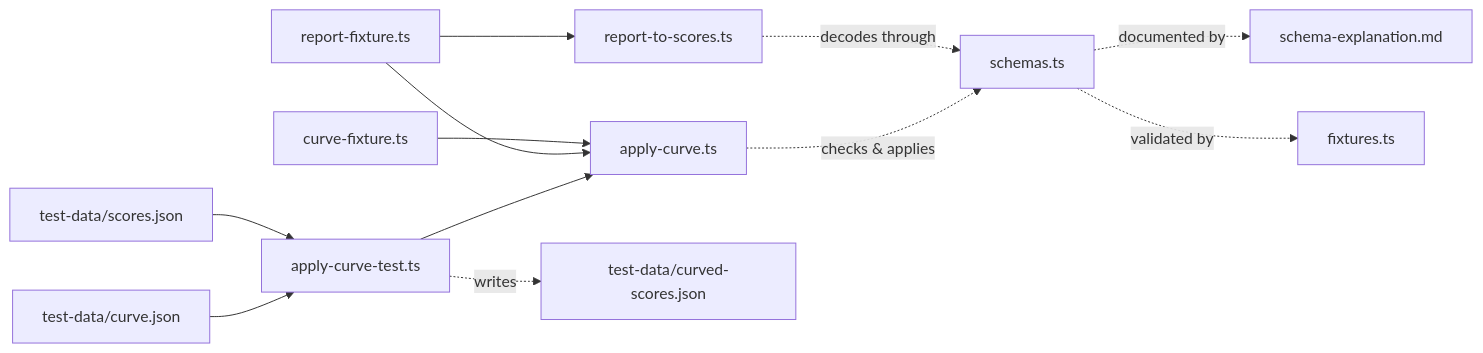
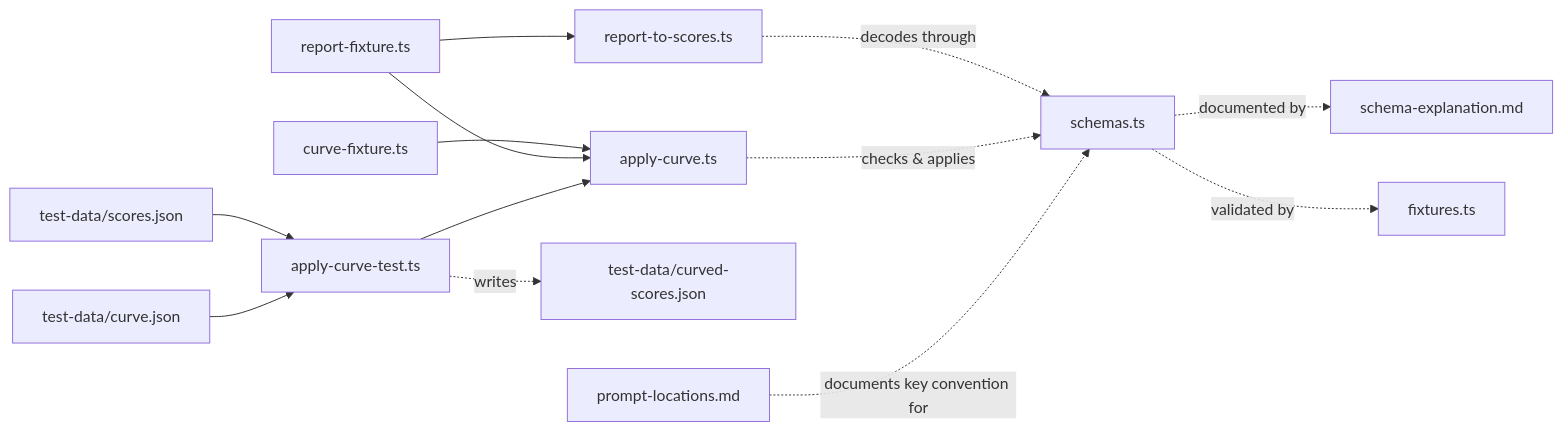
One commit to paideia-ai/tech-doc-axiia changed the diagram in score-post-llm-pipeline/v3-effect/index.md. Above: the diagram before and after it, drawn with Mermaid. The commit also changed other lines of this file and 17 other files, not shown here.

````diff
--- a/score-post-llm-pipeline/v3-effect/index.md
+++ b/score-post-llm-pipeline/v3-effect/index.md
@@ -20,14 +23,15 @@
 ```mermaid
 graph LR
     S[schemas.ts] -. "documented by" .-> E[schema-explanation.md]
     S -. "validated by" .-> F[fixtures.ts]
     RF[report-fixture.ts] --> RT[report-to-scores.ts]
     RT -. "decodes through" .-> S
     CF[curve-fixture.ts] --> AC[apply-curve.ts]
     RF --> AC
     AC -. "checks & applies" .-> S
     SJ[test-data/scores.json] --> ACT[apply-curve-test.ts]
     CJ[test-data/curve.json] --> ACT
     ACT -. "writes" .-> CSJ[test-data/curved-scores.json]
     ACT --> AC
+    PL[prompt-locations.md] -. "documents key convention for" .-> S
 ```
````
